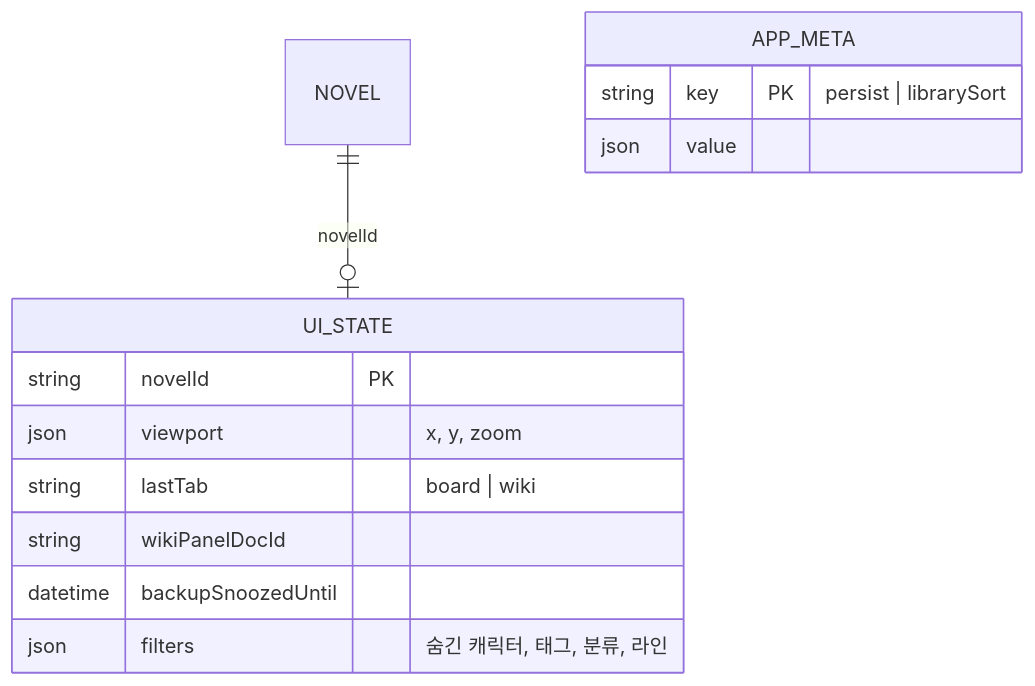
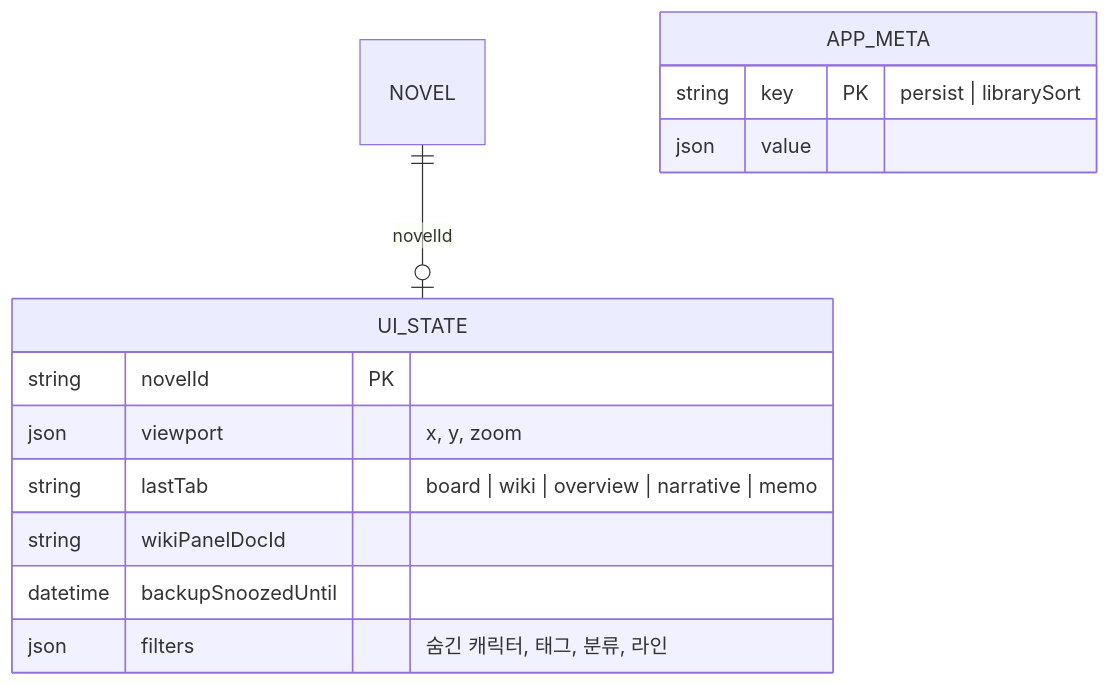
Before and after one commit to kty2001/NovelStory: the second of 3 diagrams in docs/design/erd.md, drawn with Mermaid. The commit also changed other lines of this file and 11 other files, not shown here.

````diff
--- a/docs/design/erd.md
+++ b/docs/design/erd.md
@@ -134,16 +137,16 @@
 ```mermaid
 erDiagram
     NOVEL ||--o| UI_STATE : "novelId"
     UI_STATE {
         string novelId PK
         json viewport "x, y, zoom"
-        string lastTab "board | wiki"
+        string lastTab "board | wiki | overview | narrative | memo"
         string wikiPanelDocId
         datetime backupSnoozedUntil
         json filters "숨긴 캐릭터, 태그, 분류, 라인"
     }
     APP_META {
         string key PK "persist | librarySort"
         json value
     }
 ```
````
